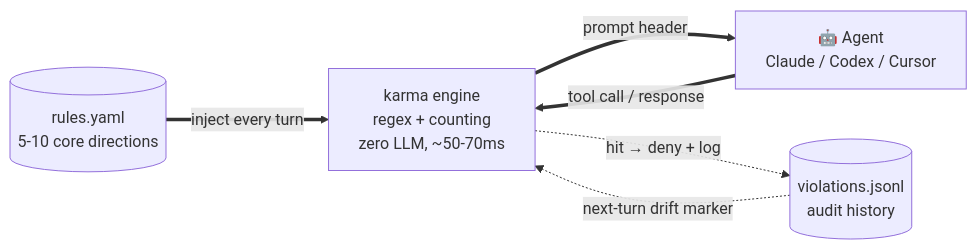
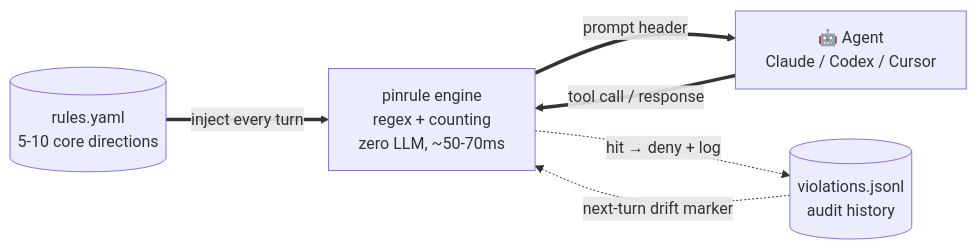
One commit to jhaizhou-ops/pinrule changed the first of 2 diagrams in README.md. Above: the diagram before and after it, drawn with Mermaid. The commit also changed other lines of this file and 207 other files, not shown here.

First line of the commit message:
feat(rename): karma → pinrule full rebrand (v0.16.0)

````diff
--- a/README.md
+++ b/README.md
@@ -226,13 +226,13 @@
 ```mermaid
 flowchart LR
     R[(rules.yaml<br/>5-10 core directions)]
-    K[karma engine<br/>regex + counting<br/>zero LLM, ~50-70ms]
+    K[pinrule engine<br/>regex + counting<br/>zero LLM, ~50-70ms]
     A[🤖 Agent<br/>Claude / Codex / Cursor]
     V[(violations.jsonl<br/>audit history)]
 
     R ==>|inject every turn| K
     K ==>|prompt header| A
     A ==>|tool call / response| K
     K -.->|hit → deny + log| V
     V -.->|next-turn drift marker| K
 ```
````
